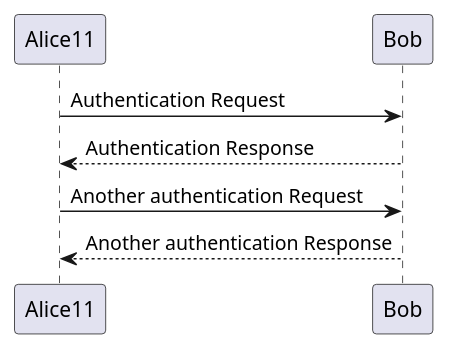
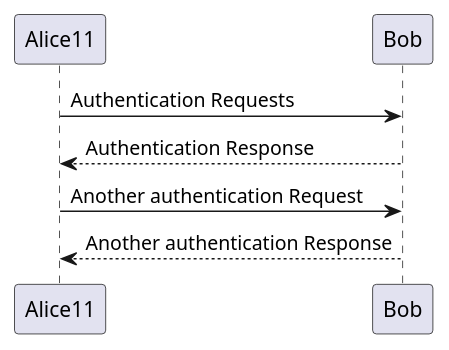
Before and after one commit to VamshiAnumolu/plant-uml-action: the diagram in diagrams/test1.puml, drawn with PlantUML.

```diff
--- a/diagrams/test1.puml
+++ b/diagrams/test1.puml
@@ -1,7 +1,7 @@
 @startuml
-Alice11 -> Bob: Authentication Request
+Alice11 -> Bob: Authentication Requests
 Bob --> Alice11: Authentication Response
 
 Alice11 -> Bob: Another authentication Request
 Alice11 <-- Bob: Another authentication Response
 @enduml
```
